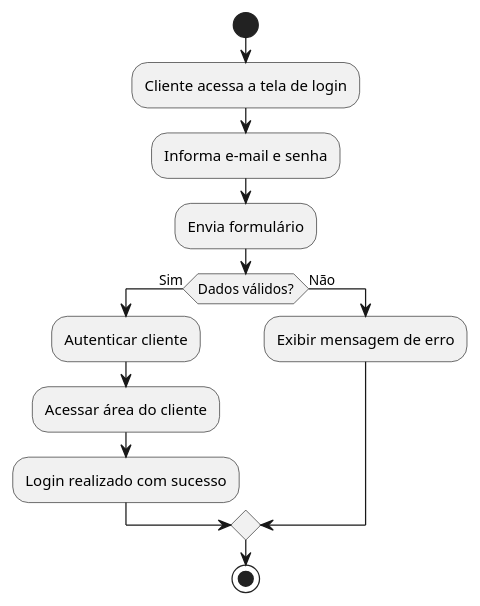
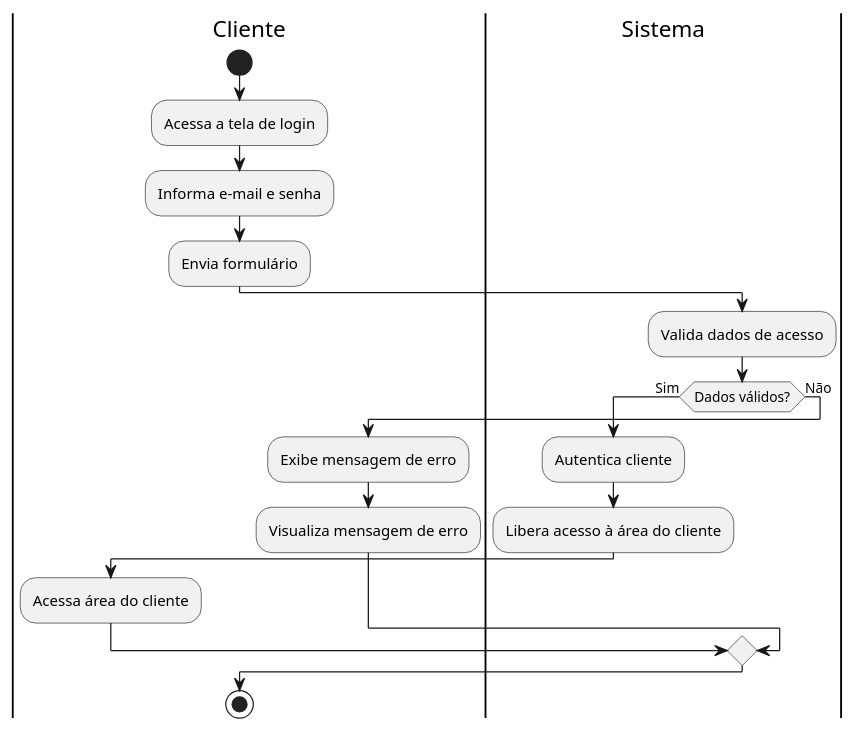
The diagram in lab02/diagramas/smoke.puml (raquweel/meu-estudo-vvts), drawn with PlantUML before and after one commit.

Commit message:
Refactor smoke login diagram

```diff
--- a/lab02/diagramas/smoke.puml
+++ b/lab02/diagramas/smoke.puml
@@ -1,21 +1,28 @@
 @startuml smoke-login
 
+|Cliente|
 start
 
-:Cliente acessa a tela de login;
-
+:Acessa a tela de login;
 :Informa e-mail e senha;
-
 :Envia formulário;
 
+|Sistema|
+:Valida dados de acesso;
+
 if (Dados válidos?) then (Sim)
-    :Autenticar cliente;
-    :Acessar área do cliente;
-    :Login realizado com sucesso;
+    :Autentica cliente;
+    :Libera acesso à área do cliente;
+
+    |Cliente|
+    :Acessa área do cliente;
 else (Não)
-    :Exibir mensagem de erro;
+    :Exibe mensagem de erro;
+
+    |Cliente|
+    :Visualiza mensagem de erro;
 endif
 
 stop
 
 @enduml
```
